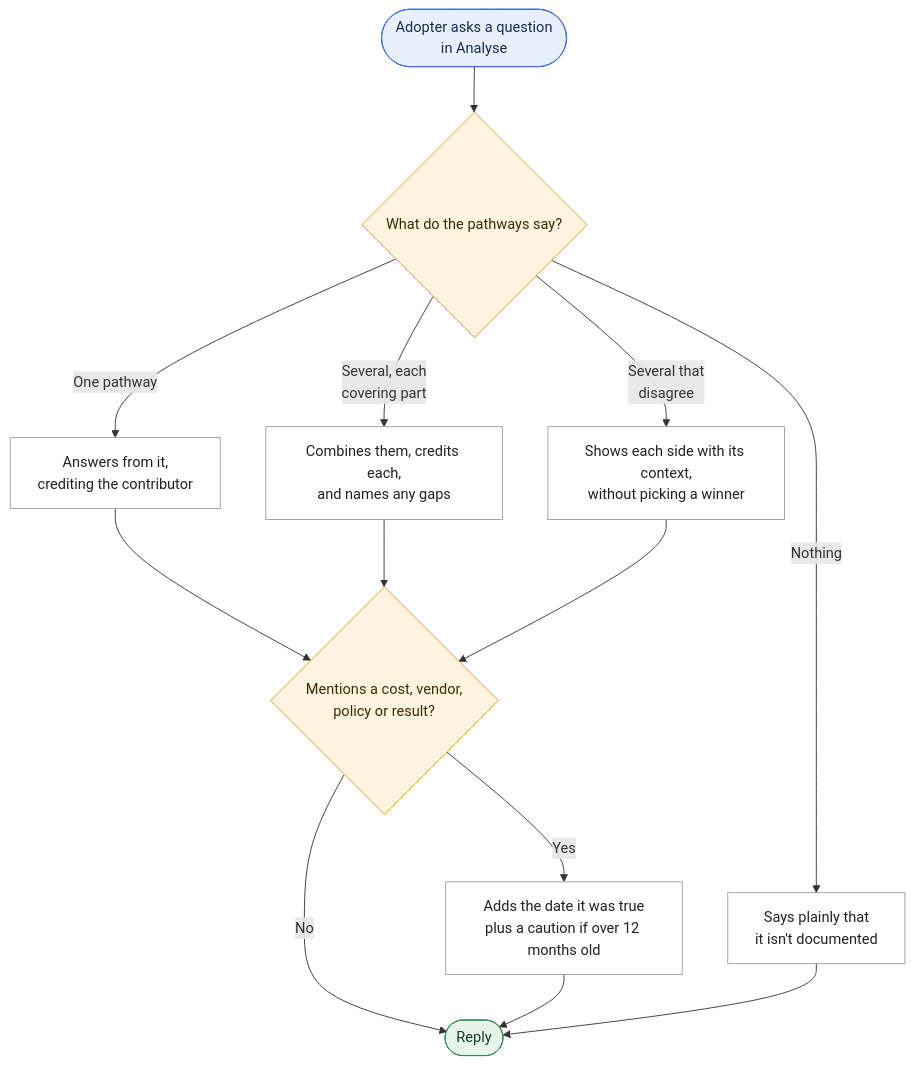
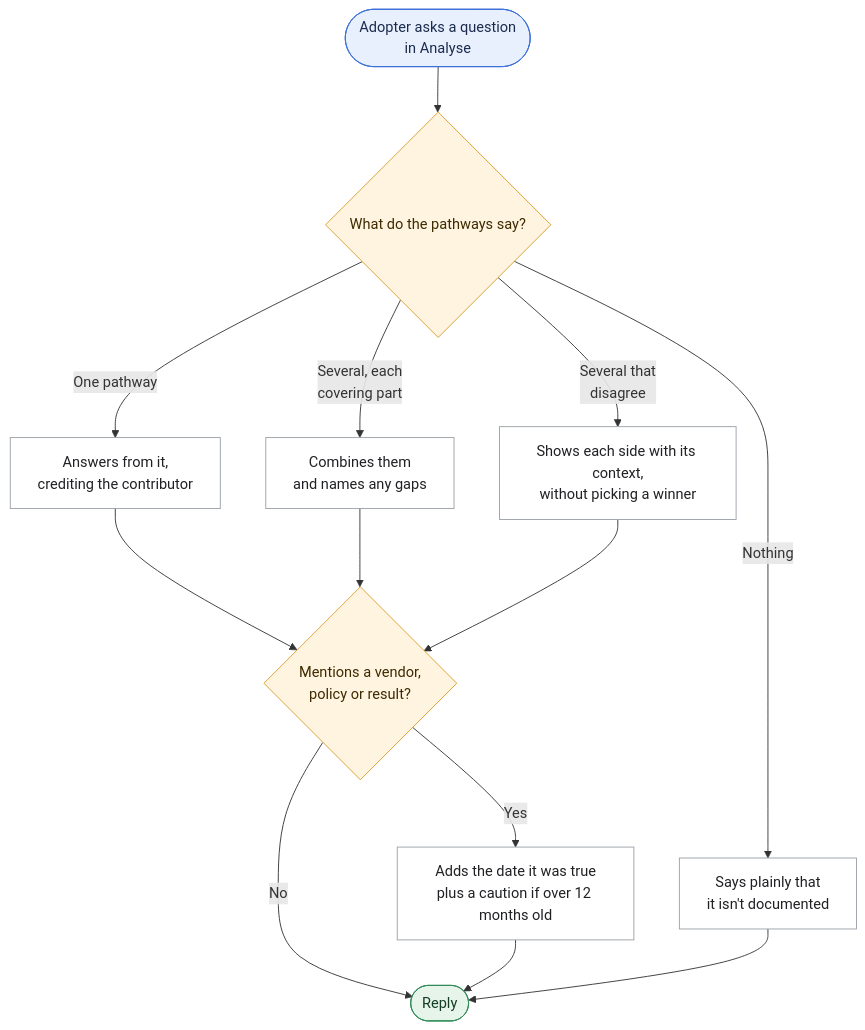
The fifth of 5 diagrams in docs/tasks/toolkit-asset-files/plan.md (SwanandAI/diffusion-cube), drawn with Mermaid before and after one commit.

Commit message:
Update flowchart to remove cost mention
Removed 'cost' from the flowchart decision point regarding mentions.

````diff
--- a/docs/tasks/toolkit-asset-files/plan.md
+++ b/docs/tasks/toolkit-asset-files/plan.md
@@ -402,25 +402,25 @@
 ```mermaid
 flowchart TD
     A(["Adopter asks a question<br/>in Analyse"]) --> B{"What do the pathways say?"}
     B -->|Nothing| C["Says plainly that<br/>it isn't documented"]
     B -->|"One pathway"| D["Answers from it,<br/>crediting the contributor"]
-    B -->|"Several, each<br/>covering part"| E["Combines them, credits each,<br/>and names any gaps"]
+    B -->|"Several, each<br/>covering part"| E["Combines them<br/>and names any gaps"]
     B -->|"Several that<br/>disagree"| F["Shows each side with its context,<br/>without picking a winner"]
 
-    D --> G{"Mentions a cost, vendor,<br/>policy or result?"}
+    D --> G{"Mentions a vendor,<br/>policy or result?"}
     E --> G
     F --> G
     G -->|Yes| H["Adds the date it was true<br/>plus a caution if over 12 months old"]
     G -->|No| R
     H --> R(["Reply"])
     C --> R
 
     classDef start fill:#E8F0FE,stroke:#3B6FD8,color:#1A2B4C
     classDef decision fill:#FFF4E0,stroke:#D99A2B,color:#3D2A00
     classDef step fill:#FFFFFF,stroke:#9AA0A6,color:#202124
     classDef done fill:#E6F4EA,stroke:#2E8B57,color:#123D22
     class A start
     class B,G decision
     class C,D,E,F,H step
     class R done
 ```
````
